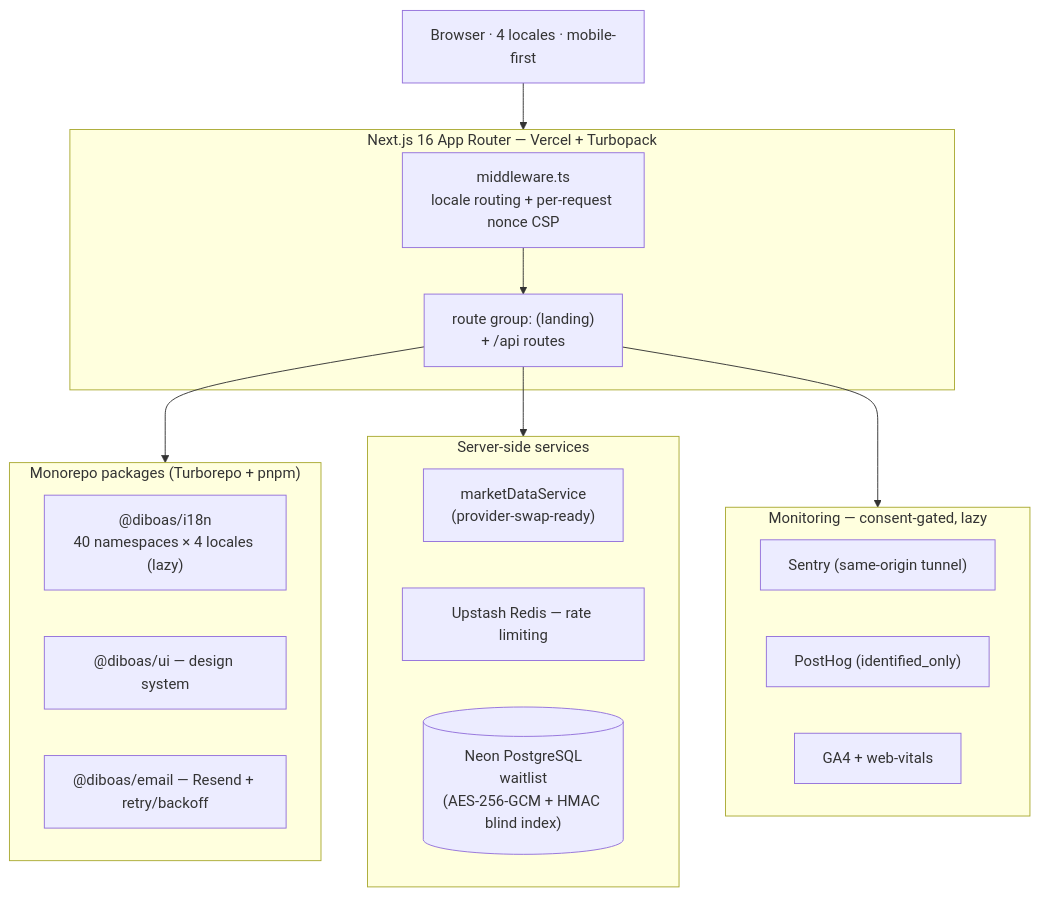
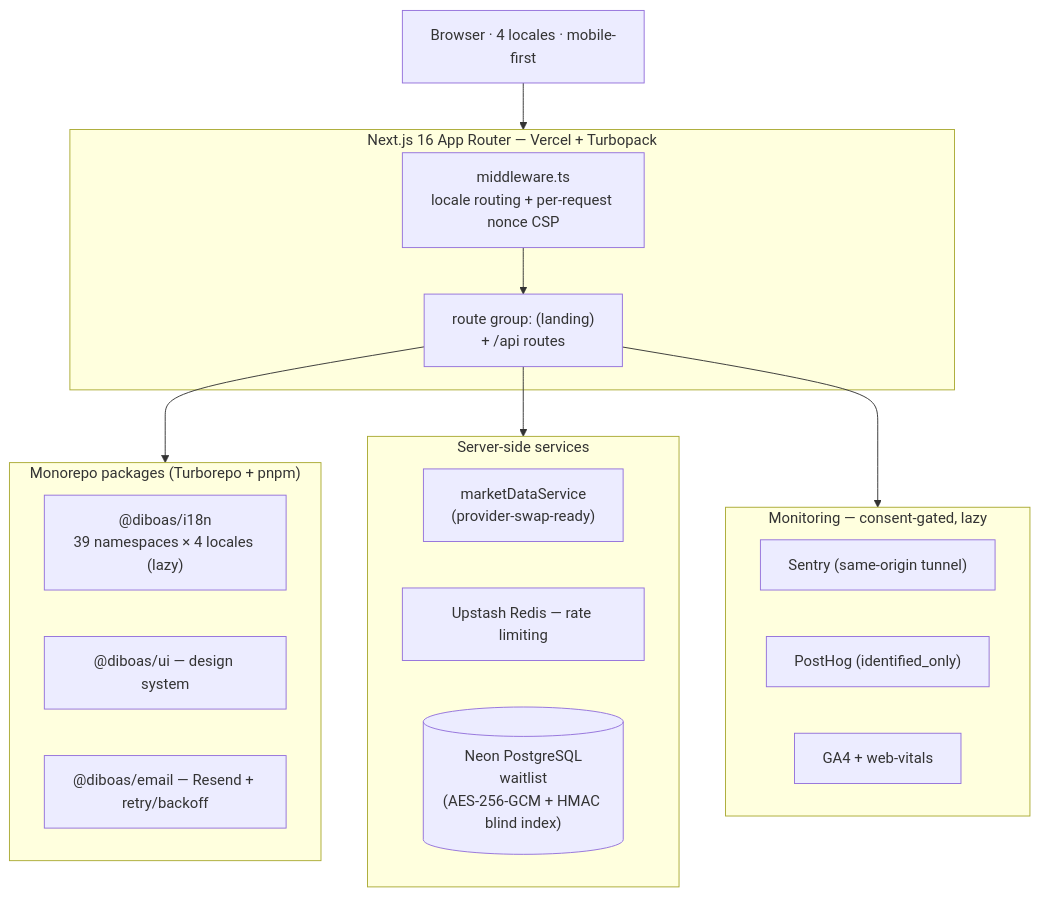
The diagram in README.md (bribeirobr25/diboas-platform), drawn with Mermaid before and after one commit. The commit also changed other lines of this file and 144 other files, not shown here.

````diff
--- a/README.md
+++ b/README.md
@@ -31,32 +31,32 @@
 ```mermaid
 flowchart TD
   Client["Browser · 4 locales · mobile-first"] --> Edge
 
   subgraph Edge["Next.js 16 App Router — Vercel + Turbopack"]
     MW["middleware.ts<br/>locale routing + per-request nonce CSP"]
     Pages["route group: (landing)<br/>+ /api routes"]
     MW --> Pages
   end
 
   subgraph Packages["Monorepo packages (Turborepo + pnpm)"]
-    I18N["@diboas/i18n<br/>40 namespaces × 4 locales (lazy)"]
+    I18N["@diboas/i18n<br/>39 namespaces × 4 locales (lazy)"]
     UI["@diboas/ui — design system"]
     EMAIL["@diboas/email — Resend + retry/backoff"]
   end
 
   subgraph Services["Server-side services"]
     MD["marketDataService<br/>(provider-swap-ready)"]
     RL["Upstash Redis — rate limiting"]
     DB[("Neon PostgreSQL<br/>waitlist<br/>(AES-256-GCM + HMAC blind index)")]
   end
 
   subgraph Obs["Monitoring — consent-gated, lazy"]
     SENTRY["Sentry (same-origin tunnel)"]
     PH["PostHog (identified_only)"]
     GA["GA4 + web-vitals"]
   end
 
   Pages --> Packages
   Pages --> Services
   Pages --> Obs
 ```
````
